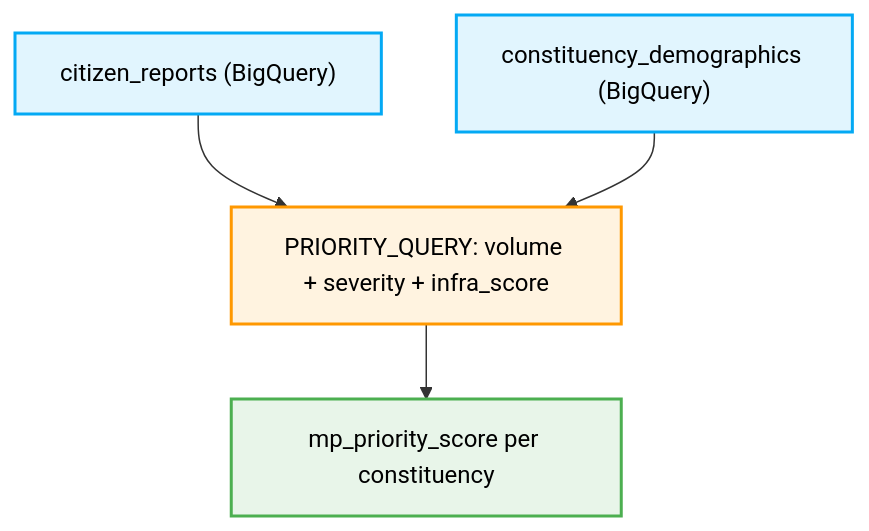
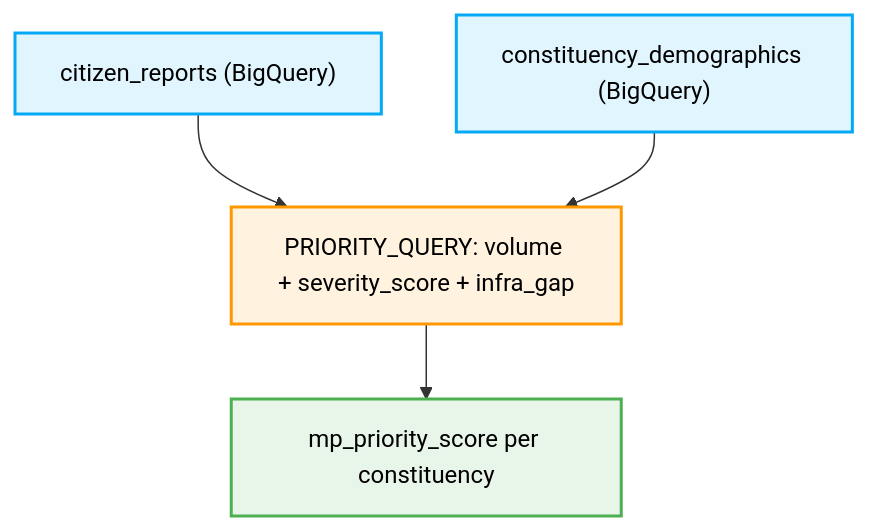
Before and after one commit to Harshit-Awasthi-05/Jan-Awaaz-AI: the fourth of 4 diagrams in README.md, drawn with Mermaid. The commit also changed other lines of this file and 21 other files, not shown here.

````diff
--- a/README.md
+++ b/README.md
@@ -136,15 +173,15 @@
 ```mermaid
 flowchart TD
     classDef data fill:#e1f5fe,stroke:#03a9f4,stroke-width:2px,color:#000
     classDef process fill:#fff3e0,stroke:#ff9800,stroke-width:2px,color:#000
     classDef store fill:#e8f5e9,stroke:#4caf50,stroke-width:2px,color:#000
 
     Reports["citizen_reports (BigQuery)"]:::data
     Demo["constituency_demographics (BigQuery)"]:::data
-    Query["PRIORITY_QUERY: volume + severity + infra_score"]:::process
+    Query["PRIORITY_QUERY: volume + severity_score + infra_gap"]:::process
     Score["mp_priority_score per constituency"]:::store
 
     Reports --> Query
     Demo --> Query
     Query --> Score
 ```
````
